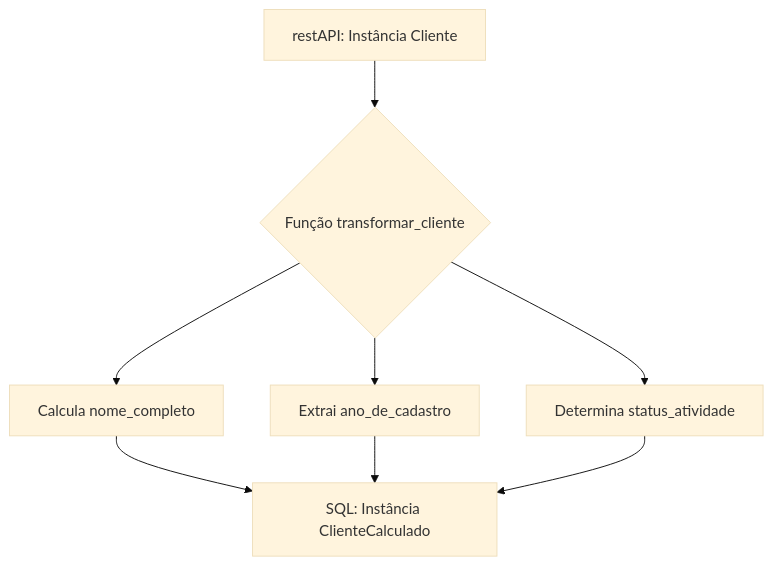
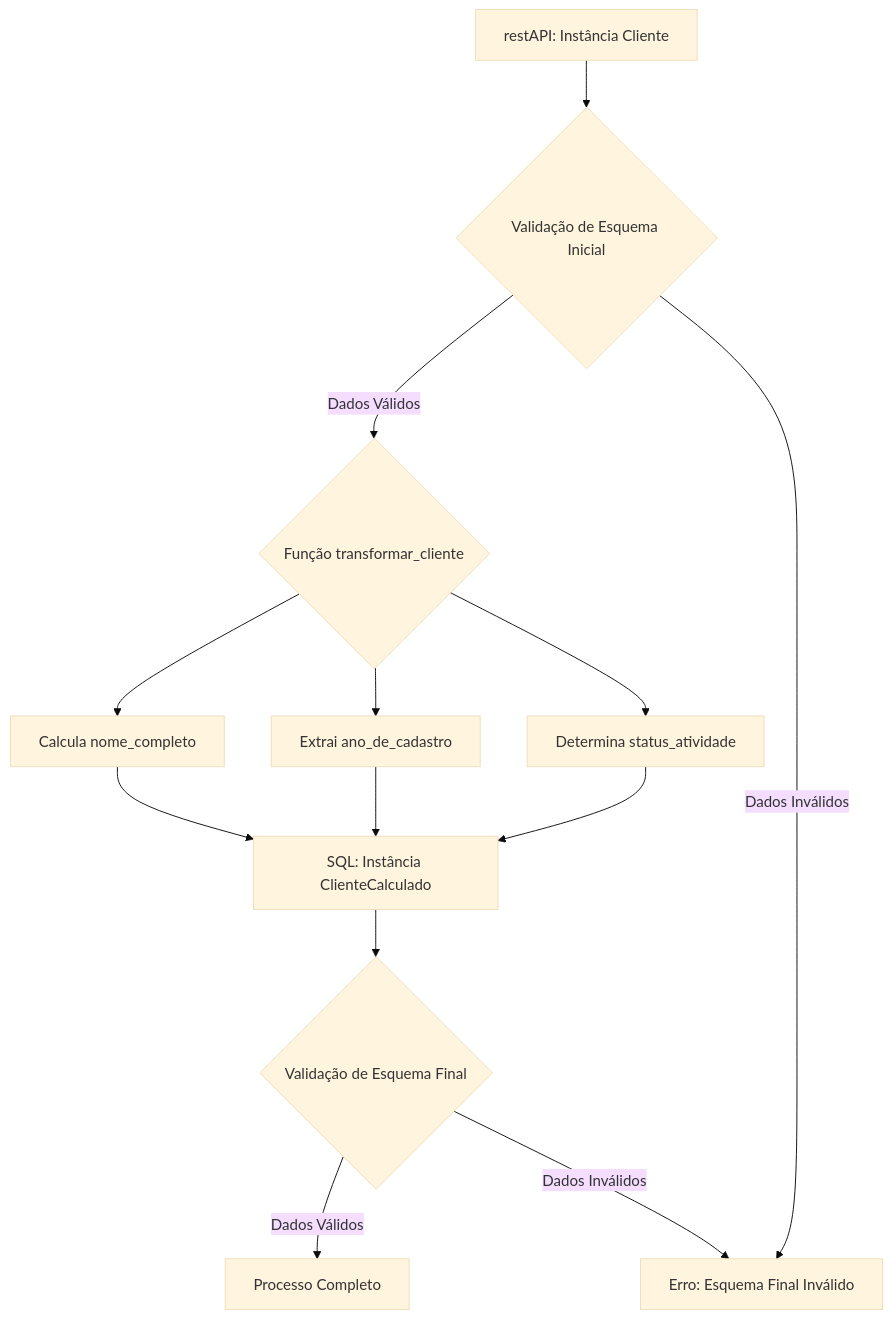
Before and after one commit to lvgalvao/data-engineering-roadmap: the first of 2 diagrams in 02-pydantic-data-quality-e-tdd-aplicado-em-projeto-de-dados/README.md, drawn with Mermaid (base theme).

````diff
--- a/02-pydantic-data-quality-e-tdd-aplicado-em-projeto-de-dados/README.md
+++ b/02-pydantic-data-quality-e-tdd-aplicado-em-projeto-de-dados/README.md
@@ -5,10 +5,15 @@
 ```mermaid
 graph TD;
-    A[restAPI: Instância Cliente] --> B{Função transformar_cliente}
-    B --> C[Calcula nome_completo]
-    B --> D[Extrai ano_de_cadastro]
-    B --> E[Determina status_atividade]
-    C --> F[SQL: Instância ClienteCalculado]
-    D --> F
-    E --> F
+    A[restAPI: Instância Cliente] --> B{Validação de Esquema Inicial}
+    B -->|Dados Válidos| C{Função transformar_cliente}
+    B -->|Dados Inválidos| X[Erro: Esquema Inicial Inválido]
+    C --> D[Calcula nome_completo]
+    C --> E[Extrai ano_de_cadastro]
+    C --> F[Determina status_atividade]
+    D --> G[SQL: Instância ClienteCalculado]
+    E --> G
+    F --> G
+    G --> H{Validação de Esquema Final}
+    H -->|Dados Válidos| I[Processo Completo]
+    H -->|Dados Inválidos| X[Erro: Esquema Final Inválido]
 ```
````
